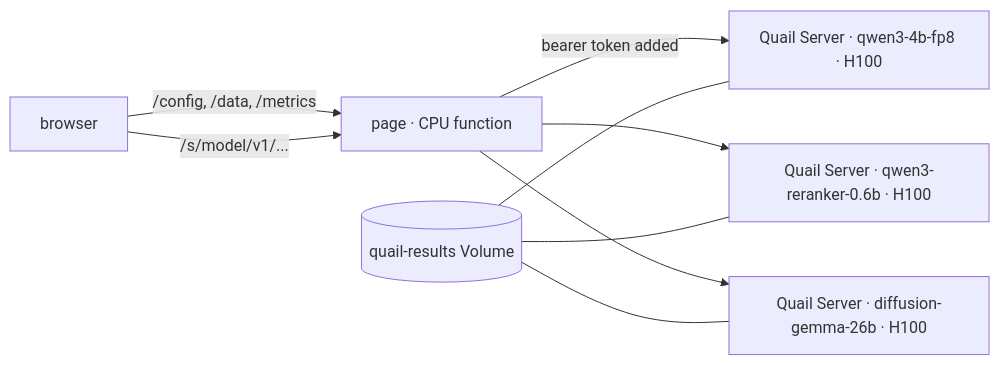
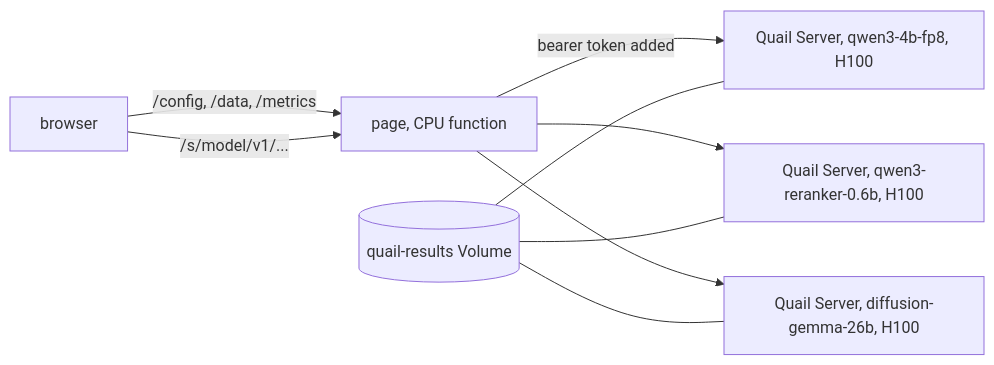
The diagram in README.md (fsdatalab/quail-playground), drawn with Mermaid before and after one commit. The commit also changed other lines of this file and 11 other files, not shown here.

````diff
--- a/README.md
+++ b/README.md
@@ -22,9 +22,9 @@
 ```mermaid
 flowchart LR
-  B[browser] -->|/config, /data, /metrics| P[page · CPU function]
+  B[browser] -->|/config, /data, /metrics| P[page, CPU function]
   B -->|/s/model/v1/...| P
-  P -->|bearer token added| Q1[Quail Server · qwen3-4b-fp8 · H100]
-  P --> Q2[Quail Server · qwen3-reranker-0.6b · H100]
-  P --> Q3[Quail Server · diffusion-gemma-26b · H100]
+  P -->|bearer token added| Q1[Quail Server, qwen3-4b-fp8, H100]
+  P --> Q2[Quail Server, qwen3-reranker-0.6b, H100]
+  P --> Q3[Quail Server, diffusion-gemma-26b, H100]
   V[(quail-results Volume)] --- Q1 & Q2 & Q3
 ```
````
